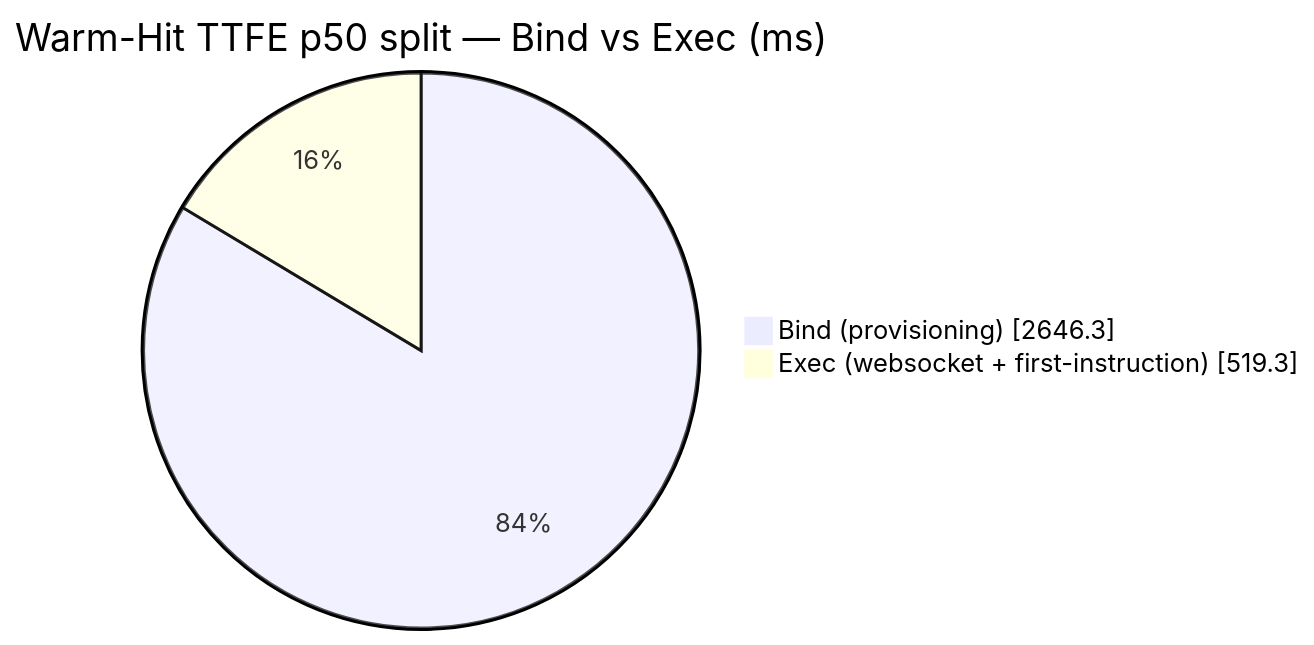
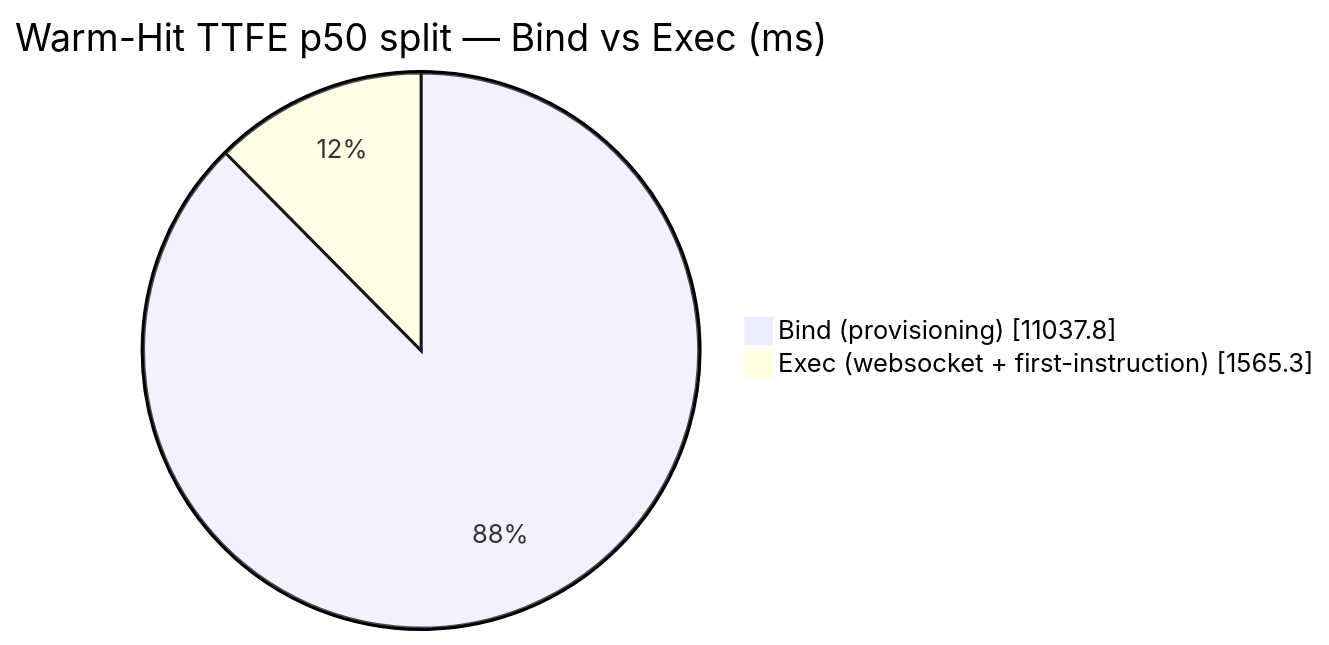
One commit to AlexBulankou/honest-bench changed the diagram in DETAILS.md. Above: the diagram before and after it, drawn with Mermaid. The commit also changed other lines of this file and 3 other files, not shown here.

````diff
--- a/DETAILS.md
+++ b/DETAILS.md
@@ -64,6 +64,6 @@
 ```mermaid
 pie showData
     title Warm-Hit TTFE p50 split — Bind vs Exec (ms)
-    "Bind (provisioning)" : 2646.3
-    "Exec (websocket + first-instruction)" : 519.3
+    "Bind (provisioning)" : 11037.8
+    "Exec (websocket + first-instruction)" : 1565.3
 ```
````
